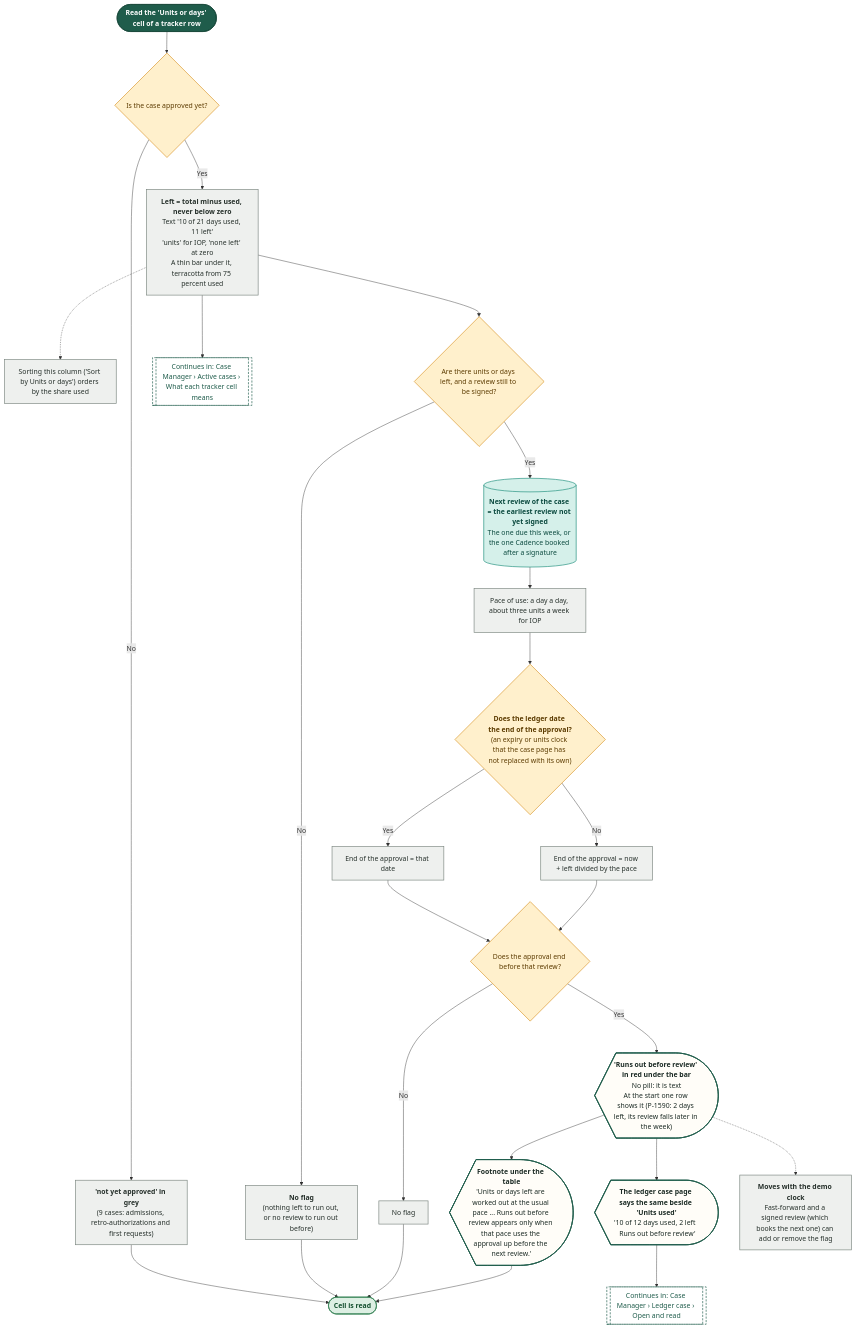
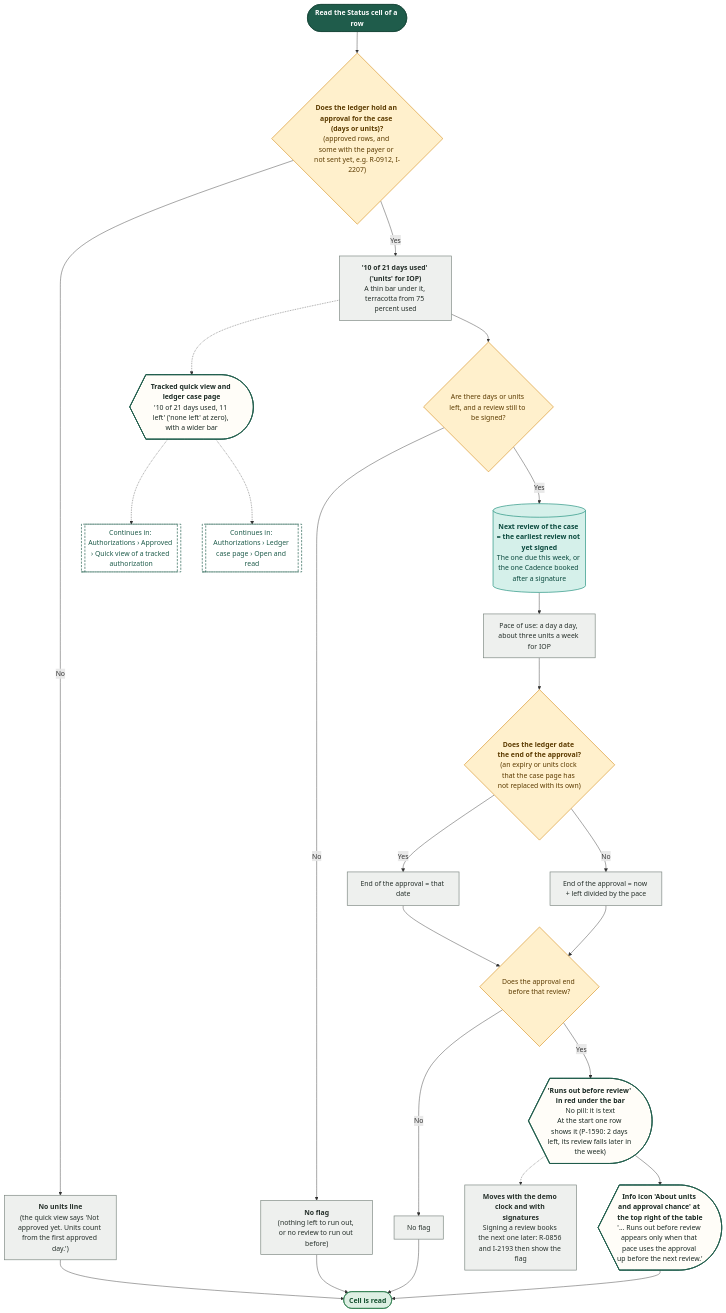
The tenth of 20 diagrams in demos/prior-auth-demo/workflows/out/md/07-case-manager.md (Shrav143/psyfloapp), drawn with Mermaid before and after one commit. The commit also changed other lines of this file and 113 other files, not shown here.

First line of the commit message:
docs: workflow diagrams for the merged Authorizations (worklist, approved, reviews and tracked cases, sidebar arrow), every link retargeted, 336 diagrams

````diff
--- a/demos/prior-auth-demo/workflows/out/md/07-case-manager.md
+++ b/demos/prior-auth-demo/workflows/out/md/07-case-manager.md
@@ -897,62 +705,60 @@
 ```mermaid
 %%{init: {"theme":"base","themeVariables":{"fontFamily":"'DM Sans', 'Segoe UI', system-ui, sans-serif","fontSize":"15px","lineColor":"#5B6B63","primaryTextColor":"#1C2B25","clusterBkg":"#FBF8F3","clusterBorder":"#D9CDBB","edgeLabelBackground":"#FFFFFF"},"flowchart":{"curve":"basis","nodeSpacing":36,"rankSpacing":48,"padding":12,"htmlLabels":true,"useMaxWidth":false,"wrappingWidth":230}} }%%
 flowchart TD
   classDef k_start fill:#1F5C4B,stroke:#174638,color:#FFFFFF,stroke-width:1.5px,font-weight:600
   classDef k_end fill:#DDEFE3,stroke:#2E7D4F,color:#14502F,stroke-width:1.5px,font-weight:600
   classDef k_endx fill:#FBE3E0,stroke:#C0392B,color:#7A1F16,stroke-width:1.5px,font-weight:600
   classDef k_screen fill:#FFFDF8,stroke:#1F5C4B,color:#1C2B25,stroke-width:2px
   classDef k_overlay fill:#F1F7F3,stroke:#1F5C4B,color:#1C2B25,stroke-width:2px,stroke-dasharray:5 3
   classDef k_click fill:#DCEBFA,stroke:#2F6DB5,color:#12365F,stroke-width:1.5px
   classDef k_input fill:#E4E7FF,stroke:#4C5FD5,color:#1D2670,stroke-width:1.5px
   classDef k_process fill:#EEF0EE,stroke:#7A857F,color:#26302B,stroke-width:1.5px
   classDef k_agent fill:#EEE5FA,stroke:#7A4FC2,color:#341A63,stroke-width:1.5px
   classDef k_decision fill:#FFF0CC,stroke:#D9962B,color:#5C3B00,stroke-width:1.5px
   classDef k_store fill:#D5F0EA,stroke:#1C8E7B,color:#0B4A3F,stroke-width:1.5px
   classDef k_doc fill:#F6E9DC,stroke:#B07A4C,color:#4A2E14,stroke-width:1.5px
   classDef k_ext fill:#FFE6D2,stroke:#E07B39,color:#6B2F06,stroke-width:1.5px
   classDef k_wait fill:#E4E8EE,stroke:#6B7C93,color:#26303D,stroke-width:1.5px
   classDef k_toast fill:#FFF9DB,stroke:#C9A400,color:#5A4A00,stroke-width:1.5px
   classDef k_goto fill:#FFFFFF,stroke:#1F5C4B,color:#1F5C4B,stroke-width:1.5px,stroke-dasharray:5 3
-  s1@{ shape: stadium, label: "Read the 'Units or days' cell of a tracker row" }
-  d1@{ shape: diam, label: "Is the case approved yet?" }
-  n1@{ shape: rect, label: "<b>'not yet approved' in grey</b><br/>(9 cases: admissions, retro-authorizations and first requests)" }
-  p1@{ shape: rect, label: "<b>Left = total minus used, never below zero</b><br/>Text '10 of 21 days used, 11 left'<br/>'units' for IOP, 'none left' at zero<br/>A thin bar under it, terracotta from 75 percent used" }
-  pc@{ shape: rect, label: "Sorting this column ('Sort by Units or days') orders by the share used" }
-  d2@{ shape: diam, label: "Are there units or days left, and a review still to be signed?" }
+  s1@{ shape: stadium, label: "Read the Status cell of a row" }
+  d1@{ shape: diam, label: "<b>Does the ledger hold an approval for the case (days or units)?</b><br/>(approved rows, and some with the payer or not sent yet, e.g. R-0912, I-2207)" }
+  n1@{ shape: rect, label: "<b>No units line</b><br/>(the quick view says 'Not approved yet. Units count from the first approved day.')" }
+  p1@{ shape: rect, label: "<b>'10 of 21 days used' ('units' for IOP)</b><br/>A thin bar under it, terracotta from 75 percent used" }
+  q1@{ shape: curv-trap, label: "<b>Tracked quick view and ledger case page</b><br/>'10 of 21 days used, 11 left' ('none left' at zero), with a wider bar" }
+  d2@{ shape: diam, label: "Are there days or units left, and a review still to be signed?" }
   n2@{ shape: rect, label: "<b>No flag</b><br/>(nothing left to run out, or no review to run out before)" }
   st1@{ shape: cyl, label: "<b>Next review of the case = the earliest review not yet signed</b><br/>The one due this week, or the one Cadence booked after a signature" }
   pp@{ shape: rect, label: "Pace of use: a day a day, about three units a week for IOP" }
   d3@{ shape: diam, label: "<b>Does the ledger date the end of the approval?</b><br/>(an expiry or units clock that the case page has not replaced with its own)" }
   e1p@{ shape: rect, label: "End of the approval = that date" }
   e2p@{ shape: rect, label: "End of the approval = now + left divided by the pace" }
   d4@{ shape: diam, label: "Does the approval end before that review?" }
   n3@{ shape: rect, label: "No flag" }
   f1@{ shape: curv-trap, label: "<b>'Runs out before review' in red under the bar</b><br/>No pill: it is text<br/>At the start one row shows it (P-1590: 2 days left, its review falls later in the week)" }
-  f2@{ shape: curv-trap, label: "<b>The ledger case page says the same beside 'Units used'</b><br/>'10 of 12 days used, 2 left   Runs out before review'" }
-  ft@{ shape: curv-trap, label: "<b>Footnote under the table</b><br/>'Units or days left are worked out at the usual pace ... Runs out before review appears only when that pace uses the approval up before the next review.'" }
-  pm@{ shape: rect, label: "<b>Moves with the demo clock</b><br/>Fast-forward and a signed review (which books the next one) can add or remove the flag" }
-  g1@{ shape: subproc, label: "Continues in: Case Manager › Active cases › What each tracker cell means" }
-  g2@{ shape: subproc, label: "Continues in: Case Manager › Ledger case › Open and read" }
+  pm@{ shape: rect, label: "<b>Moves with the demo clock and with signatures</b><br/>Signing a review books the next one later: R-0856 and I-2193 then show the flag" }
+  ft@{ shape: curv-trap, label: "<b>Info icon 'About units and approval chance' at the top right of the table</b><br/>'... Runs out before review appears only when that pace uses the approval up before the next review.'" }
+  g1@{ shape: subproc, label: "Continues in: Authorizations › Approved › Quick view of a tracked authorization" }
+  g2@{ shape: subproc, label: "Continues in: Authorizations › Ledger case page › Open and read" }
   e1@{ shape: stadium, label: "Cell is read" }
   s1 --> d1
   d1 -->|"No"| n1 --> e1
   d1 -->|"Yes"| p1 --> d2
-  p1 -.-> pc
+  p1 -.-> q1
+  q1 -.-> g1
+  q1 -.-> g2
   d2 -->|"No"| n2 --> e1
   d2 -->|"Yes"| st1 --> pp --> d3
   d3 -->|"Yes"| e1p --> d4
   d3 -->|"No"| e2p --> d4
   d4 -->|"No"| n3 --> e1
-  d4 -->|"Yes"| f1 --> f2
+  d4 -->|"Yes"| f1 --> ft --> e1
   f1 -.-> pm
-  f1 --> ft --> e1
-  f2 --> g2
-  p1 --> g1
   class s1 k_start
   class d1,d2,d3,d4 k_decision
-  class n1,p1,pc,n2,pp,e1p,e2p,n3,pm k_process
+  class n1,p1,n2,pp,e1p,e2p,n3,pm k_process
+  class q1,f1,ft k_screen
   class st1 k_store
-  class f1,f2,ft k_screen
   class g1,g2 k_goto
   class e1 k_end
 ```
````
